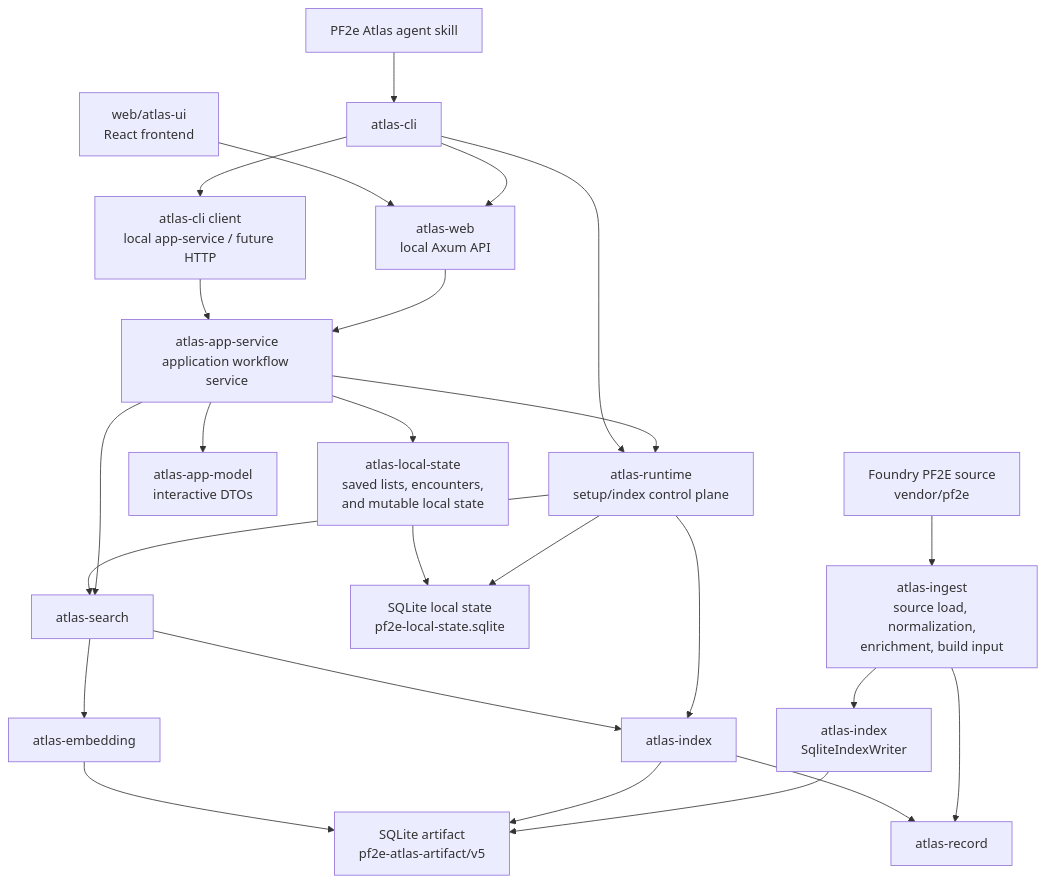
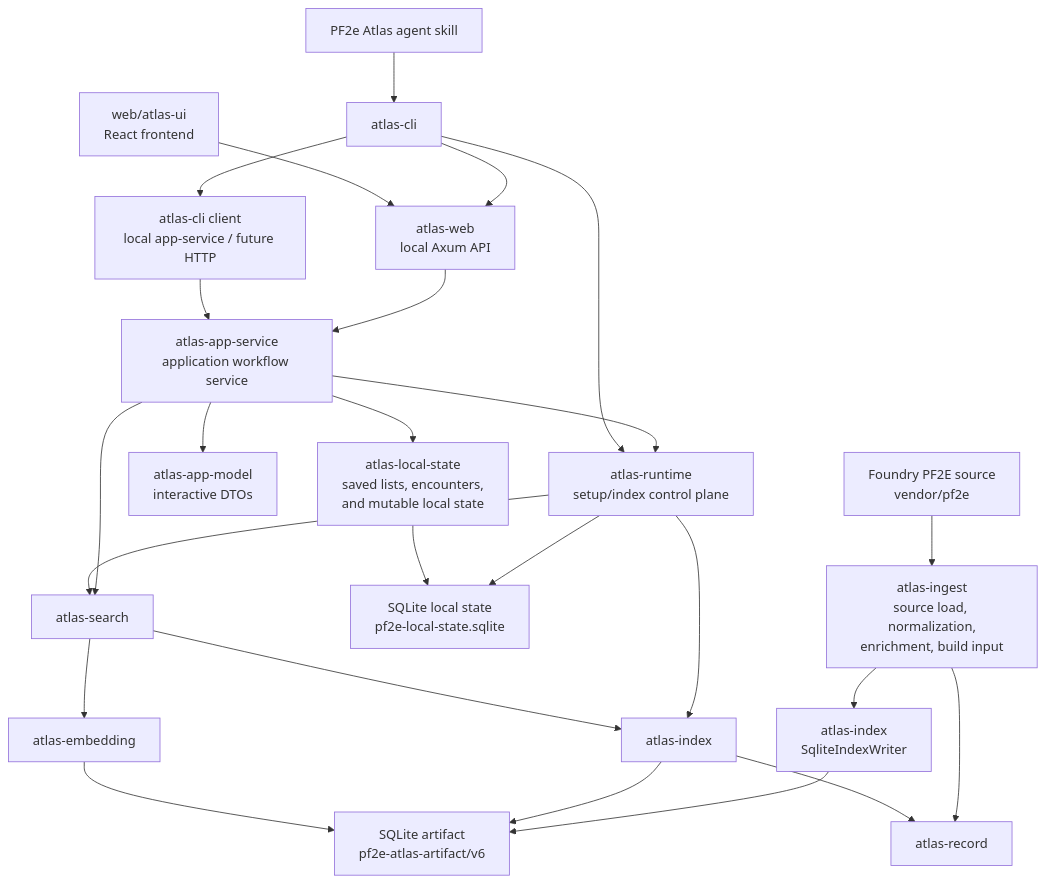
The diagram in docs/architecture/overview.md (e-kosten/pf2e-atlas), drawn with Mermaid before and after one commit. The commit also changed other lines of this file and 312 other files, not shown here.

````diff
--- a/docs/architecture/overview.md
+++ b/docs/architecture/overview.md
@@ -62,29 +64,29 @@
 ```mermaid
 flowchart TD
     pf2e["Foundry PF2E source<br/>vendor/pf2e"] --> ingest["atlas-ingest<br/>source load, normalization,<br/>enrichment, build input"]
     ingest --> indexWriter["atlas-index<br/>SqliteIndexWriter"]
-    indexWriter --> artifactDb["SQLite artifact<br/>pf2e-atlas-artifact/v5"]
+    indexWriter --> artifactDb["SQLite artifact<br/>pf2e-atlas-artifact/v6"]
     localStateDb["SQLite local state<br/>pf2e-local-state.sqlite"]
 
     skill["PF2e Atlas agent skill"] --> cli["atlas-cli"]
     cli --> web["atlas-web<br/>local Axum API"]
     browser["web/atlas-ui<br/>React frontend"] --> web
     web --> appService["atlas-app-service<br/>application workflow service"]
     appService --> appModel["atlas-app-model<br/>interactive DTOs"]
     appService --> runtime
     appService --> search
     appService --> localState["atlas-local-state<br/>saved lists, encounters,<br/>and mutable local state"]
     cli --> cliClient["atlas-cli client<br/>local app-service / future HTTP"]
     cliClient --> appService
     cli --> runtime["atlas-runtime<br/>setup/index control plane"]
     runtime --> search["atlas-search"]
     runtime --> index["atlas-index"]
     runtime --> localStateDb
     localState --> localStateDb
     search --> index
     search --> embedding["atlas-embedding"]
     index --> artifactDb
     embedding --> artifactDb
     ingest --> record["atlas-record"]
     index --> record
 ```
````
